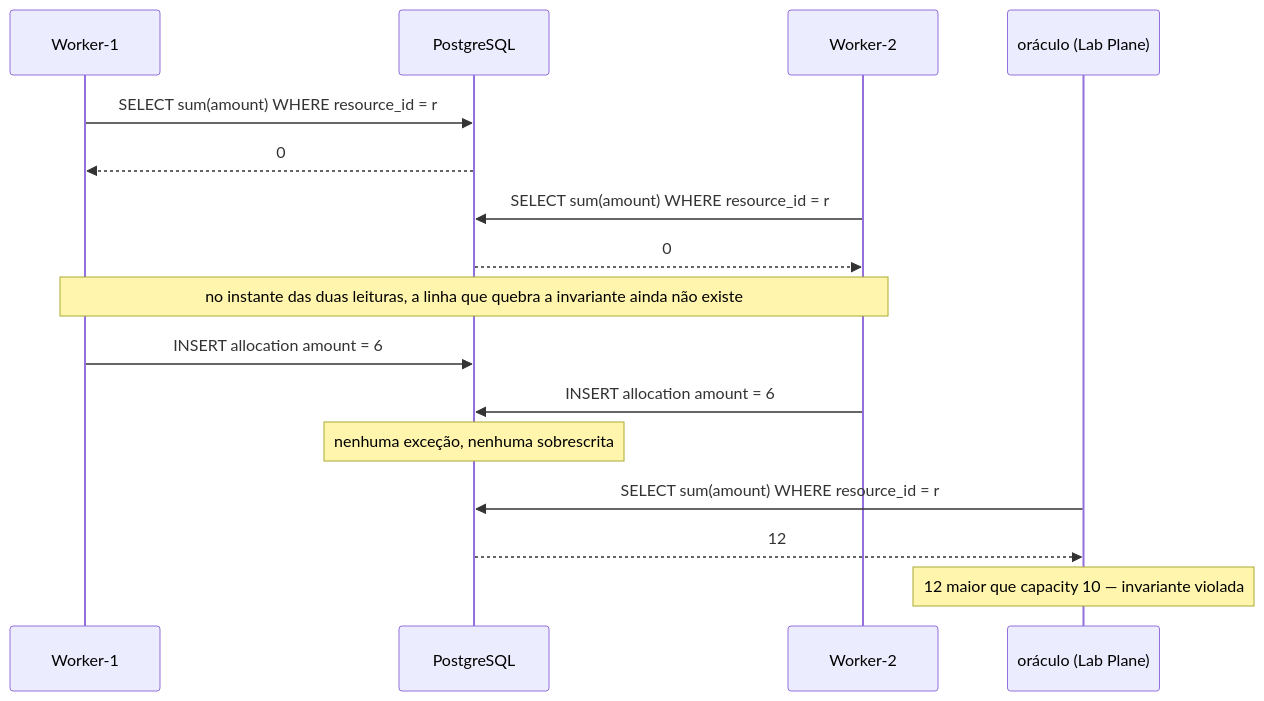
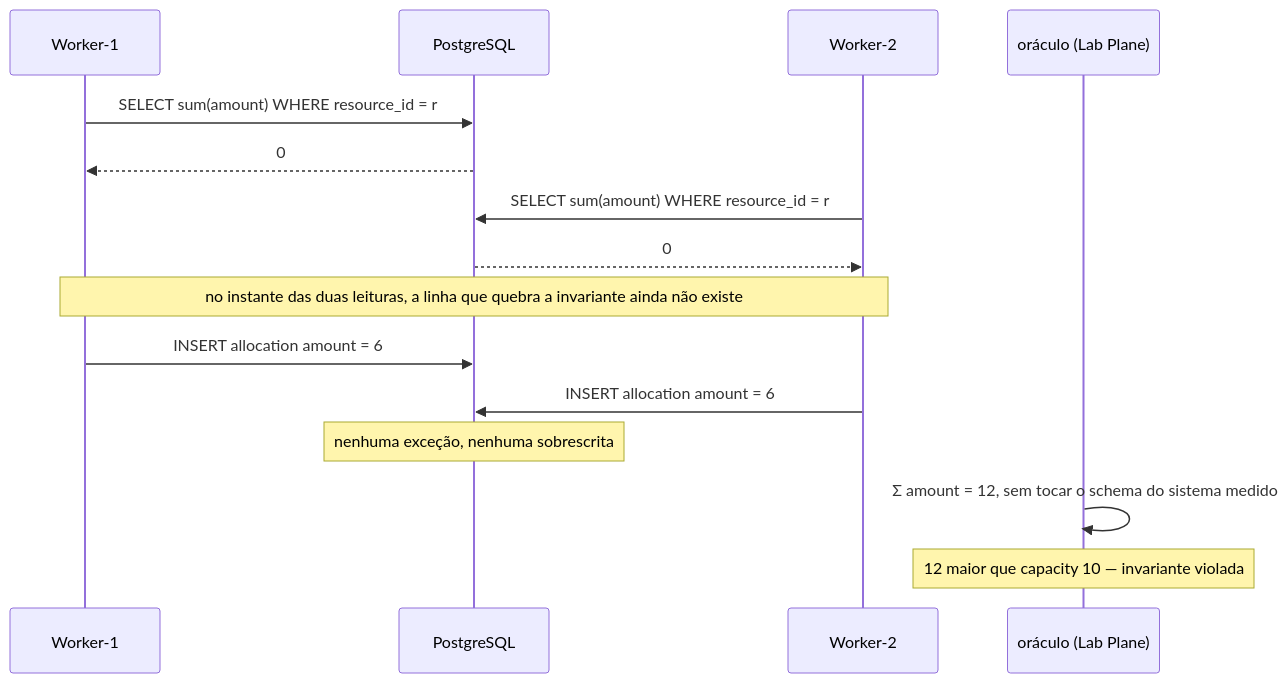
Before and after one commit to da0hn/distributed-systems-experiment-lab: the diagram in docs/features/deteccao-de-protecao-inerte/example-mapping.md, drawn with Mermaid. The commit also changed other lines of this file and 22 other files, not shown here.

````diff
--- a/docs/features/deteccao-de-protecao-inerte/example-mapping.md
+++ b/docs/features/deteccao-de-protecao-inerte/example-mapping.md
@@ -37,18 +37,17 @@
 ```mermaid
 sequenceDiagram
     participant W1 as Worker-1
     participant DB as PostgreSQL
     participant W2 as Worker-2
     participant O as oráculo (Lab Plane)
     W1 ->> DB: SELECT sum(amount) WHERE resource_id = r
     DB -->> W1: 0
     W2 ->> DB: SELECT sum(amount) WHERE resource_id = r
     DB -->> W2: 0
     Note over W1, W2: no instante das duas leituras, a linha que quebra a invariante ainda não existe
     W1 ->> DB: INSERT allocation amount = 6
     W2 ->> DB: INSERT allocation amount = 6
     Note over DB: nenhuma exceção, nenhuma sobrescrita
-    O ->> DB: SELECT sum(amount) WHERE resource_id = r
-    DB -->> O: 12
+    O ->> O: Σ amount = 12, sem tocar o schema do sistema medido
     Note over O: 12 maior que capacity 10 — invariante violada
 ```
````
